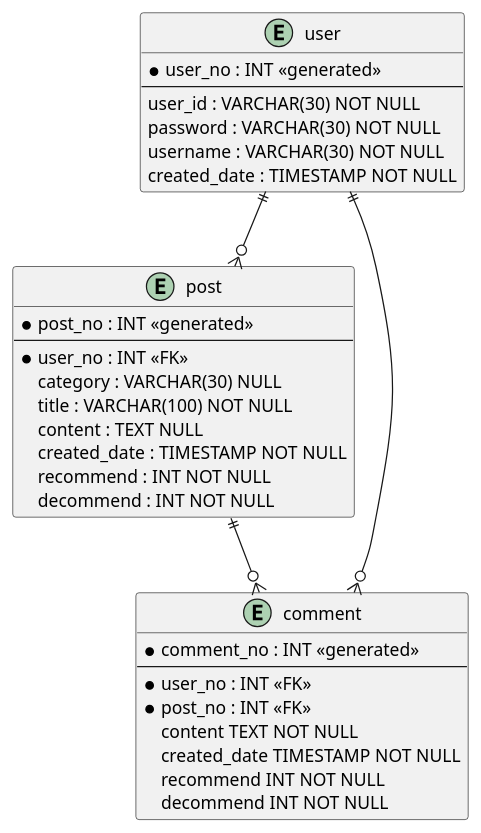
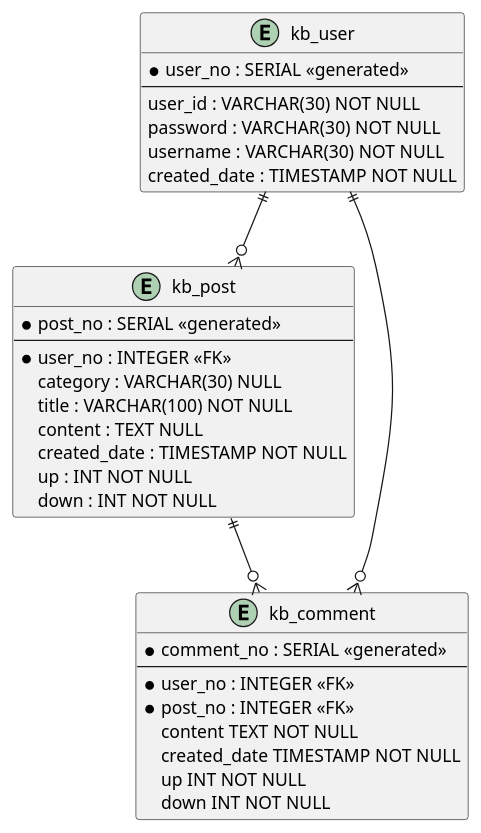
One commit to solft/board changed the diagram in erd.puml. Above: the diagram before and after it, drawn with PlantUML. The commit also changed 8 other files, not shown here.

```diff
--- a/erd.puml
+++ b/erd.puml
@@ -1,39 +1,39 @@
 @startuml Board ERD
 
-entity user { 
-    * user_no : INT <<generated>>
+entity kb_user { 
+    * user_no : SERIAL <<generated>>
     --
     user_id : VARCHAR(30) NOT NULL
     password : VARCHAR(30) NOT NULL
     username : VARCHAR(30) NOT NULL
     created_date : TIMESTAMP NOT NULL
 }
 
-entity post {
-    * post_no : INT <<generated>>
+entity kb_post {
+    * post_no : SERIAL <<generated>>
     --
-    * user_no : INT <<FK>>
+    * user_no : INTEGER <<FK>>
     category : VARCHAR(30) NULL
     title : VARCHAR(100) NOT NULL
     content : TEXT NULL
     created_date : TIMESTAMP NOT NULL
-    recommend : INT NOT NULL
-    decommend : INT NOT NULL
+    up : INT NOT NULL
+    down : INT NOT NULL
 }
 
-entity comment {
-    * comment_no : INT <<generated>>
+entity kb_comment {
+    * comment_no : SERIAL <<generated>>
     --
-    * user_no : INT <<FK>>
-    * post_no : INT <<FK>>
+    * user_no : INTEGER <<FK>>
+    * post_no : INTEGER <<FK>>
     content TEXT NOT NULL
     created_date TIMESTAMP NOT NULL
-    recommend INT NOT NULL
-    decommend INT NOT NULL
+    up INT NOT NULL
+    down INT NOT NULL
 }
 
-user ||--o{ post
-post ||--o{ comment
-user ||--o{ comment
+kb_user ||--o{ kb_post
+kb_post ||--o{ kb_comment
+kb_user ||--o{ kb_comment
 
 @enduml
```
